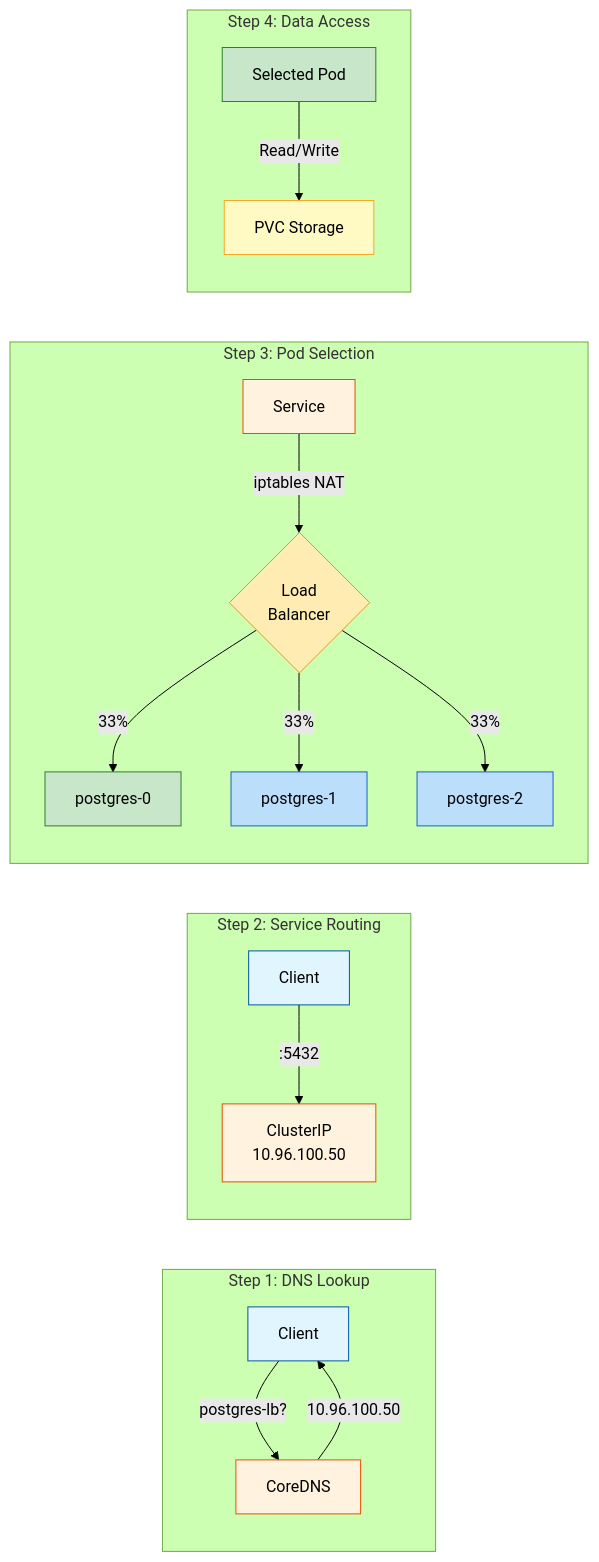
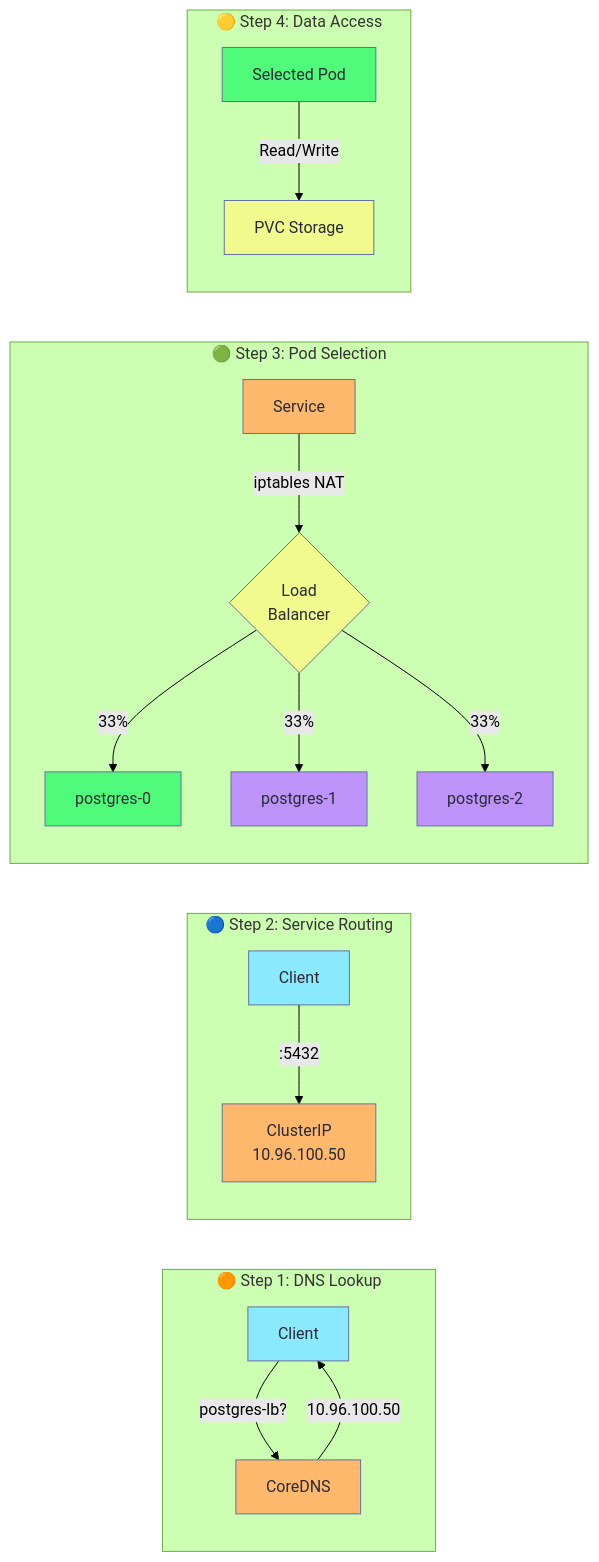
Before and after one commit to selvakumarperumal/k8s_minikube_learn: diagram 15 of 17 in Workload_and_Application_Management/statefulset-postgresql-explained.md, drawn with Mermaid (forest theme). The commit also changed other lines of this file, not shown here.

Commit message:
Update flowchart diagrams with Dracula theme colors and dark text for visibility

````diff
--- a/Workload_and_Application_Management/statefulset-postgresql-explained.md
+++ b/Workload_and_Application_Management/statefulset-postgresql-explained.md
@@ -513,34 +513,34 @@
 ```mermaid
 flowchart LR
-    subgraph Step1["Step 1: DNS Lookup"]
+    subgraph Step1["🟠 Step 1: DNS Lookup"]
         C1[Client] -->|"postgres-lb?"| DNS1[CoreDNS]
         DNS1 -->|"10.96.100.50"| C1
     end
     
-    subgraph Step2["Step 2: Service Routing"]
+    subgraph Step2["🔵 Step 2: Service Routing"]
         C2[Client] -->|":5432"| SVC2[ClusterIP<br/>10.96.100.50]
     end
     
-    subgraph Step3["Step 3: Pod Selection"]
+    subgraph Step3["🟢 Step 3: Pod Selection"]
         SVC3[Service] -->|"iptables NAT"| LB3{Load<br/>Balancer}
         LB3 -->|"33%"| P0[postgres-0]
         LB3 -->|"33%"| P1[postgres-1]
         LB3 -->|"33%"| P2[postgres-2]
     end
     
-    subgraph Step4["Step 4: Data Access"]
+    subgraph Step4["🟡 Step 4: Data Access"]
         POD4[Selected Pod] -->|"Read/Write"| PVC4[PVC Storage]
     end
     
-    style C1 fill:#e1f5fe,stroke:#01579b
-    style C2 fill:#e1f5fe,stroke:#01579b
-    style DNS1 fill:#fff3e0,stroke:#e65100
-    style SVC2 fill:#fff3e0,stroke:#e65100
-    style SVC3 fill:#fff3e0,stroke:#e65100
-    style LB3 fill:#ffecb3,stroke:#ff8f00
-    style P0 fill:#c8e6c9,stroke:#2e7d32
-    style P1 fill:#bbdefb,stroke:#1565c0
-    style P2 fill:#bbdefb,stroke:#1565c0
-    style POD4 fill:#c8e6c9,stroke:#2e7d32
-    style PVC4 fill:#fff9c4,stroke:#f9a825
+    style C1 fill:#8be9fd,stroke:#6272a4,color:#282a36
+    style C2 fill:#8be9fd,stroke:#6272a4,color:#282a36
+    style DNS1 fill:#ffb86c,stroke:#6272a4,color:#282a36
+    style SVC2 fill:#ffb86c,stroke:#6272a4,color:#282a36
+    style SVC3 fill:#ffb86c,stroke:#6272a4,color:#282a36
+    style LB3 fill:#f1fa8c,stroke:#6272a4,color:#282a36
+    style P0 fill:#50fa7b,stroke:#6272a4,color:#282a36
+    style P1 fill:#bd93f9,stroke:#6272a4,color:#282a36
+    style P2 fill:#bd93f9,stroke:#6272a4,color:#282a36
+    style POD4 fill:#50fa7b,stroke:#6272a4,color:#282a36
+    style PVC4 fill:#f1fa8c,stroke:#6272a4,color:#282a36
 ```
````
